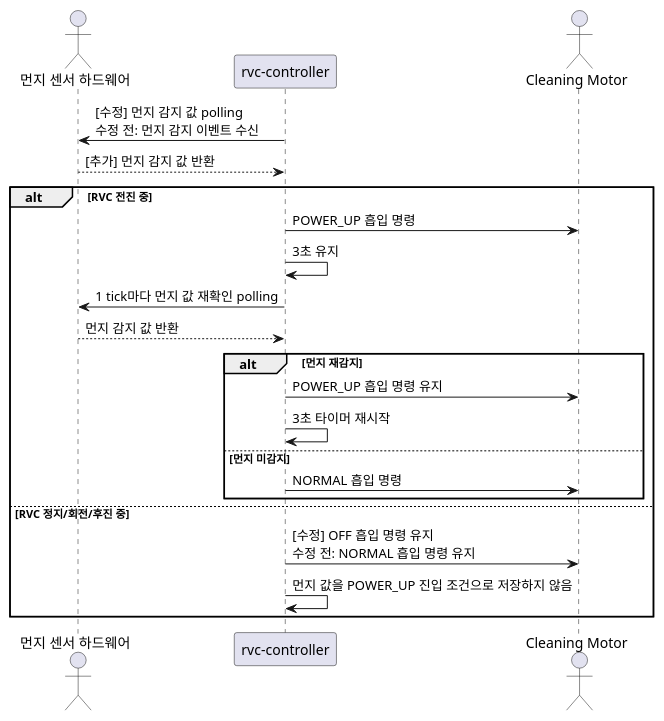
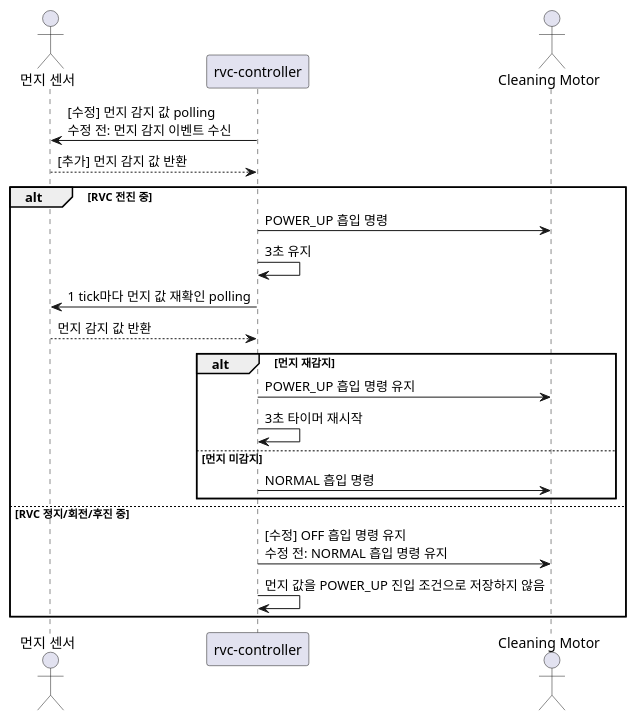
The fifth of 5 diagrams in docs/analysis/system-sequence-diagram.md (shsdbd/rvc-revision-test), drawn with PlantUML before and after one commit. The commit also changed other lines of this file and 3 other files, not shown here.

Commit message:
docs : fix diagram notation and add seperate SD from design specification

````diff
--- a/docs/analysis/system-sequence-diagram.md
+++ b/docs/analysis/system-sequence-diagram.md
@@ -141,25 +141,25 @@
 ```plantuml
 @startuml
-actor "먼지 센서 하드웨어" as Dust
+actor "먼지 센서" as Dust
 participant "rvc-controller" as RVC
 actor "Cleaning Motor" as Clean
 
 RVC -> Dust : [수정] 먼지 감지 값 polling\n수정 전: 먼지 감지 이벤트 수신
 Dust --> RVC : [추가] 먼지 감지 값 반환
 alt RVC 전진 중
     RVC -> Clean : POWER_UP 흡입 명령
     RVC -> RVC : 3초 유지
     RVC -> Dust : 1 tick마다 먼지 값 재확인 polling
     Dust --> RVC : 먼지 감지 값 반환
     alt 먼지 재감지
         RVC -> Clean : POWER_UP 흡입 명령 유지
         RVC -> RVC : 3초 타이머 재시작
     else 먼지 미감지
         RVC -> Clean : NORMAL 흡입 명령
     end
 else RVC 정지/회전/후진 중
     RVC -> Clean : [수정] OFF 흡입 명령 유지\n수정 전: NORMAL 흡입 명령 유지
     RVC -> RVC : 먼지 값을 POWER_UP 진입 조건으로 저장하지 않음
 end
 @enduml
 ```
````
